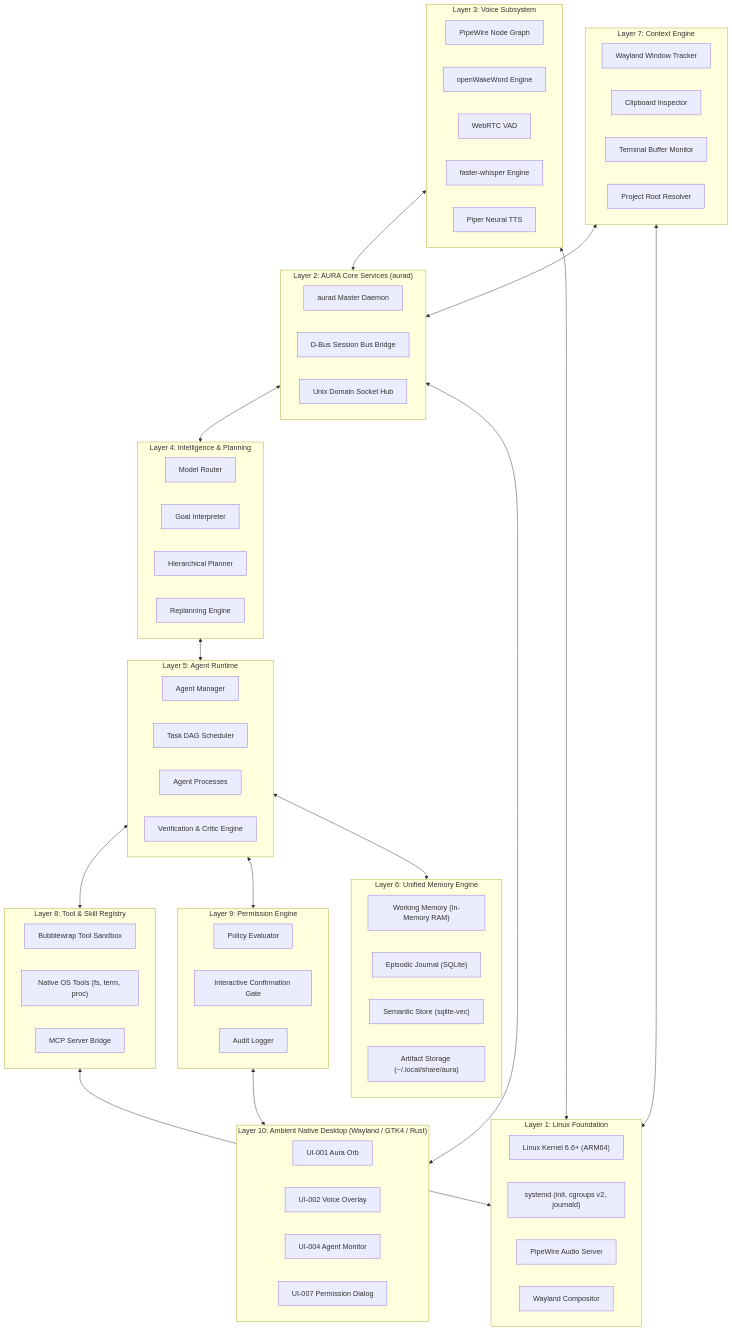
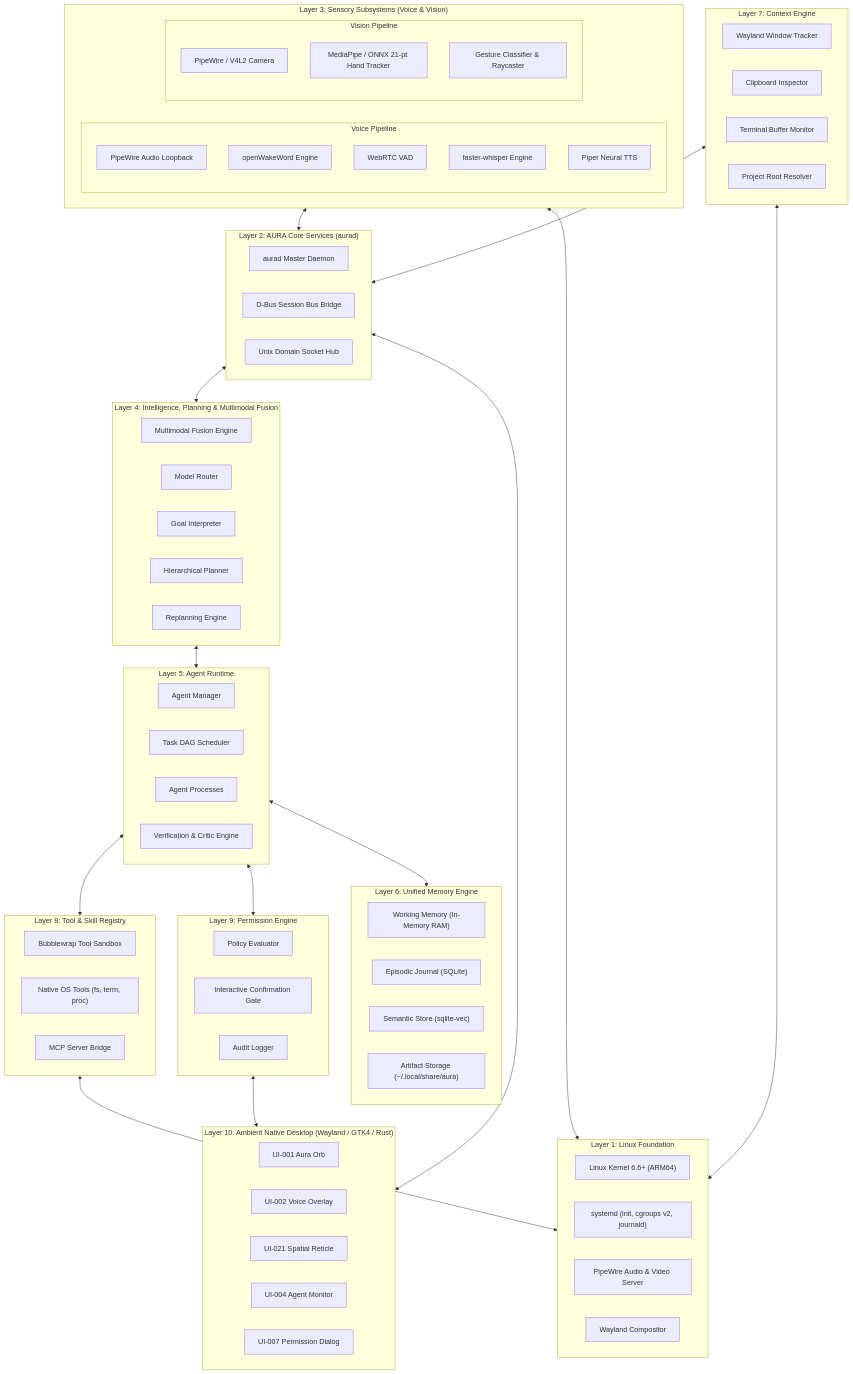
One commit to Aryan-en/Aura-OS changed the first of 10 diagrams in context/ARCHITECTURE.md. Above: the diagram before and after it, drawn with Mermaid. The commit also changed other lines of this file and 4 other files, not shown here.

Commit message:
docs: add vision and hand gesture subsystem specifications, UI states, and progress tracking

```diff
--- a/context/ARCHITECTURE.md
+++ b/context/ARCHITECTURE.md
@@ -75,6 +77,7 @@
     subgraph L10["Layer 10: Ambient Native Desktop (Wayland / GTK4 / Rust)"]
         Orb["UI-001 Aura Orb"]
         Overlay["UI-002 Voice Overlay"]
+        Reticle["UI-021 Spatial Reticle"]
         Monitor["UI-004 Agent Monitor"]
         PermDialog["UI-007 Permission Dialog"]
     end
@@ -112,19 +115,27 @@
         Critic["Verification & Critic Engine"]
     end
 
-    subgraph L4["Layer 4: Intelligence & Planning"]
+    subgraph L4["Layer 4: Intelligence, Planning & Multimodal Fusion"]
+        FusionEngine["Multimodal Fusion Engine"]
         ModelRouter["Model Router"]
         GoalParser["Goal Interpreter"]
         Planner["Hierarchical Planner"]
         Replanner["Replanning Engine"]
     end
 
-    subgraph L3["Layer 3: Voice Subsystem"]
-        PW["PipeWire Node Graph"]
-        Wake["openWakeWord Engine"]
-        VAD["WebRTC VAD"]
-        STT["faster-whisper Engine"]
-        TTS["Piper Neural TTS"]
+    subgraph L3["Layer 3: Sensory Subsystems (Voice & Vision)"]
+        subgraph Voice["Voice Pipeline"]
+            PW_Audio["PipeWire Audio Loopback"]
+            Wake["openWakeWord Engine"]
+            VAD["WebRTC VAD"]
+            STT["faster-whisper Engine"]
+            TTS["Piper Neural TTS"]
+        end
+        subgraph Vision["Vision Pipeline"]
+            Cam["PipeWire / V4L2 Camera"]
+            Pose["MediaPipe / ONNX 21-pt Hand Tracker"]
+            Gest["Gesture Classifier & Raycaster"]
+        end
     end
 
     subgraph L2["Layer 2: AURA Core Services (aurad)"]
@@ -136,7 +147,7 @@
     subgraph L1["Layer 1: Linux Foundation"]
         LinuxKernel["Linux Kernel 6.6+ (ARM64)"]
         Systemd["systemd (init, cgroups v2, journald)"]
-        PipeWireCore["PipeWire Audio Server"]
+        PipeWireCore["PipeWire Audio & Video Server"]
         WaylandCore["Wayland Compositor"]
     end
 
```
